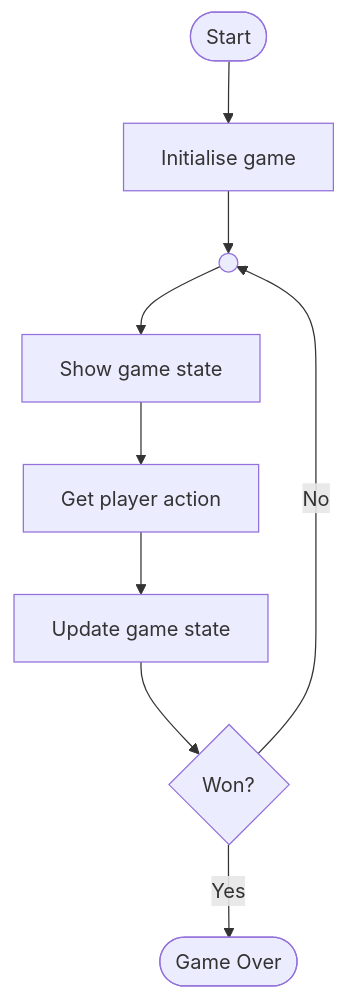
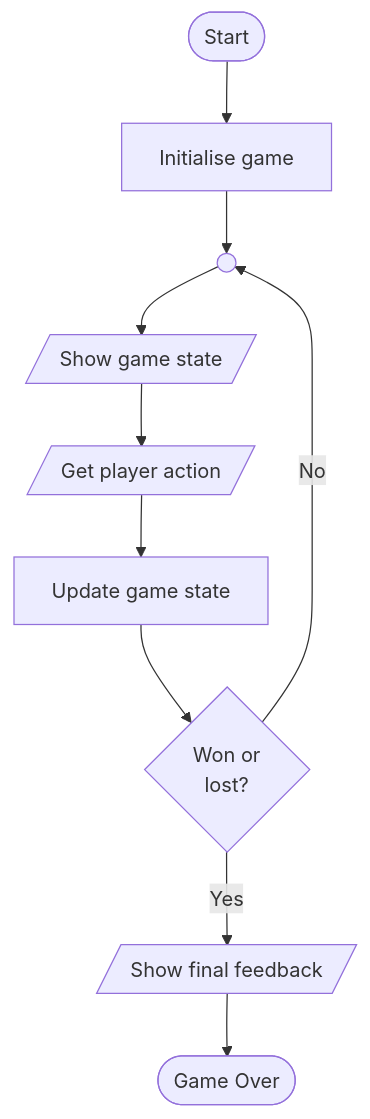
One commit to waimea-dt/how-do-i changed the first of 3 diagrams in docs/programming/algorithms/games.md. Above: the diagram before and after it, drawn with Mermaid. The commit also changed other lines of this file and 10 other files, not shown here.

Commit message:
More pseudo and mermaid tweaks, plus tree notes

````diff
--- a/docs/programming/algorithms/games.md
+++ b/docs/programming/algorithms/games.md
@@ -14,17 +35,18 @@
 ```mermaid
 flowchart TD
     %% Define nodes
     start([Start])
     init[Initialise game]
     loop(( ))
-    show[Show game state]
-    input[Get player action]
+    show[/Show game state/]
+    input[/Get player action/]
     update[Update game state]
-    win{Won?}
+    win{Won or<br>lost?}
     over([Game Over])
+    feedback[/"Show final feedback"/]
 
     %% Define links
     start --> init --> loop --> show --> input --> update --> win
-    win -- Yes --> over
+    win -- Yes --> feedback --> over
     win -- No --> loop
 ```
````
